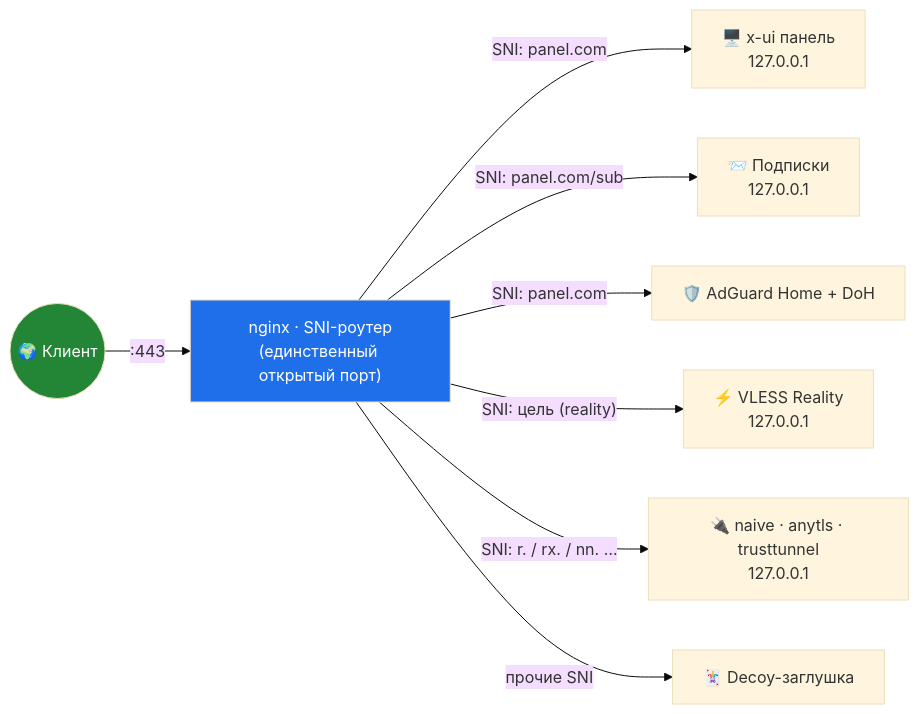
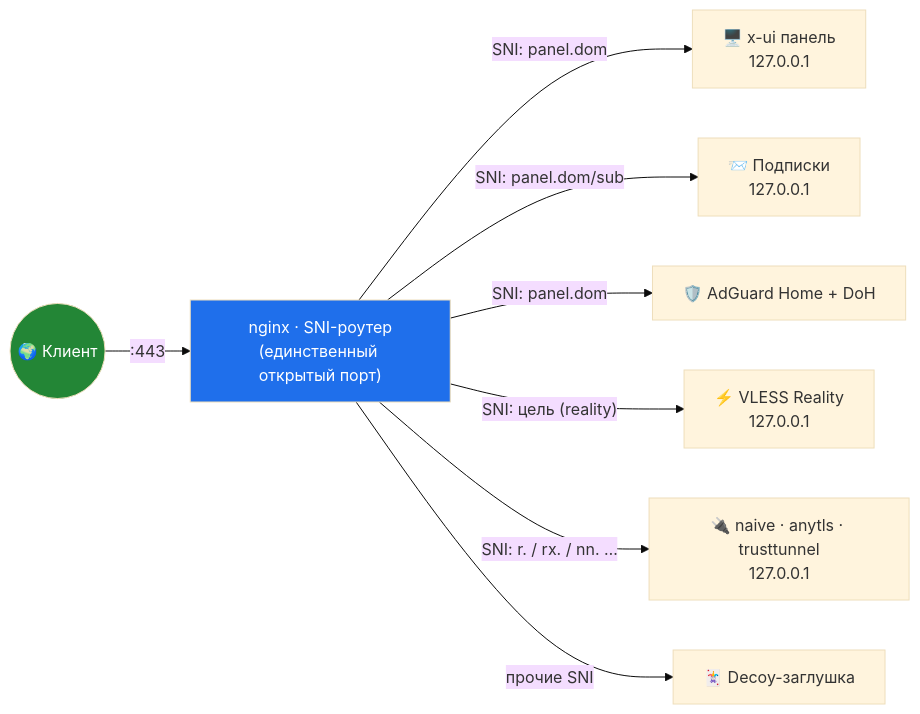
The diagram in README.md (sacredx72/stack-manager), drawn with Mermaid (base theme) before and after one commit. The commit also changed other lines of this file and 5 other files, not shown here.

````diff
--- a/README.md
+++ b/README.md
@@ -38,14 +38,14 @@
 ```mermaid
 flowchart LR
     C(("🌍 Клиент")) -->|" :443 "| NGINX["nginx · SNI-роутер<br>(единственный открытый порт)"]
 
-    NGINX -->|"SNI: panel.com"| PANEL["🖥️ x-ui панель<br/>127.0.0.1"]
-    NGINX -->|"SNI: panel.com/sub"| SUBS["📨 Подписки<br/>127.0.0.1"]
-    NGINX -->|"SNI: panel.com"| AGH["🛡️ AdGuard Home + DoH"]
+    NGINX -->|"SNI: panel.dom"| PANEL["🖥️ x-ui панель<br/>127.0.0.1"]
+    NGINX -->|"SNI: panel.dom/sub"| SUBS["📨 Подписки<br/>127.0.0.1"]
+    NGINX -->|"SNI: panel.dom"| AGH["🛡️ AdGuard Home + DoH"]
     NGINX -->|"SNI: цель (reality)"| INB1["⚡ VLESS Reality<br/>127.0.0.1"]
     NGINX -->|"SNI: r. / rx. / nn. …"| INB2["🔌 naive · anytls · trusttunnel<br/>127.0.0.1"]
     NGINX -->|"прочие SNI"| DECOY["🃏 Decoy-заглушка"]
 
     style NGINX fill:#1f6feb,color:#fff
     style C fill:#238636,color:#fff
 ```
````
